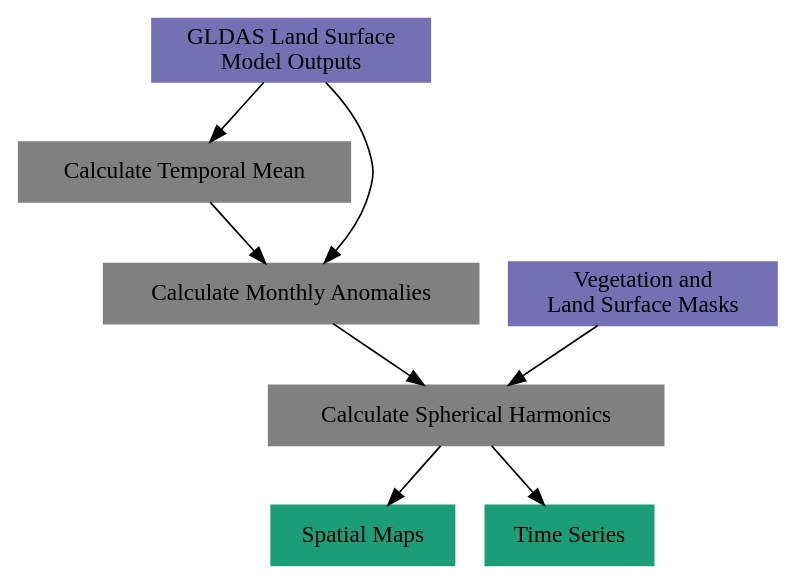
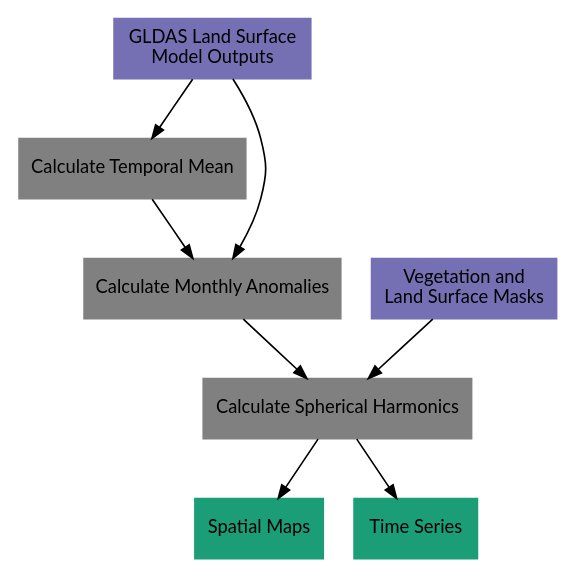
The second of 5 diagrams in doc/source/getting_started/Overview.rst (tsutterley/model-harmonics), drawn with Graphviz before and after one commit. The commit also changed other lines of this file, not shown here.

Commit message:
docs: change font in `graphviz` flow charts (#60)

```diff
--- a/doc/source/getting_started/Overview.rst
+++ b/doc/source/getting_started/Overview.rst
@@ -90,25 +130,60 @@
 .. graphviz::
     :caption: GLDAS Spherical Harmonics Framework
     :align: center
 
     digraph {
-        E [label="GLDAS Land Surface\nModel Outputs" shape=box style="filled" color="#7570b3"]
-        L [label="Vegetation and\nLand Surface Masks" shape=box style="filled" color="#7570b3"]
+        E [label="GLDAS Land Surface\nModel Outputs"
+            fontname="Lato"
+            fontsize=11
+            shape=box
+            style="filled"
+            color="#7570b3"]
+        L [label="Vegetation and\nLand Surface Masks"
+            fontname="Lato"
+            fontsize=11
+            shape=box
+            style="filled"
+            color="#7570b3"]
         M [URL="https://github.com/tsutterley/model-harmonics/blob/main/GLDAS/gldas_mean_monthly.py"
-            label="Calculate Temporal Mean" shape=box style="filled" color="gray"]
+            label="Calculate Temporal Mean"
+            fontname="Lato"
+            fontsize=11
+            shape=box
+            style="filled"
+            color="gray"]
         R [URL="https://github.com/tsutterley/model-harmonics/blob/main/GLDAS/gldas_read_monthly.py"
-            label="Calculate Monthly Anomalies" shape=box style="filled" color="gray"]
+            label="Calculate Monthly Anomalies"
+            fontname="Lato"
+            fontsize=11
+            shape=box
+            style="filled"
+            color="gray"]
         H [URL="https://github.com/tsutterley/model-harmonics/blob/main/GLDAS/gldas_monthly_harmonics.py"
-            label="Calculate Spherical Harmonics" shape=box style="filled" color="gray"]
+            label="Calculate Spherical Harmonics"
+            fontname="Lato"
+            fontsize=11
+            shape=box
+            style="filled"
+            color="gray"]
         S [URL="https://github.com/tsutterley/gravity-toolkit/blob/main/scripts/combine_harmonics.py"
-            label="Spatial Maps" shape=box style="filled" color="#1b9e77"]
+            label="Spatial Maps"
+            fontname="Lato"
+            fontsize=11
+            shape=box
+            style="filled"
+            color="#1b9e77"]
         T [URL="https://github.com/tsutterley/model-harmonics/blob/main/scripts/least_squares_mascon_timeseries.py"
-            label="Time Series" shape=box style="filled" color="#1b9e77"]
-        E -> M
-        E -> R
-        M -> R
-        R -> H
-        L -> H
-        H -> S
-        H -> T
+            label="Time Series"
+            fontname="Lato"
+            fontsize=11
+            shape=box
+            style="filled"
+            color="#1b9e77"]
+        E -> M [arrowsize=0.8]
+        E -> R [arrowsize=0.8]
+        M -> R [arrowsize=0.8]
+        R -> H [arrowsize=0.8]
+        L -> H [arrowsize=0.8]
+        H -> S [arrowsize=0.8]
+        H -> T [arrowsize=0.8]
     }
```
